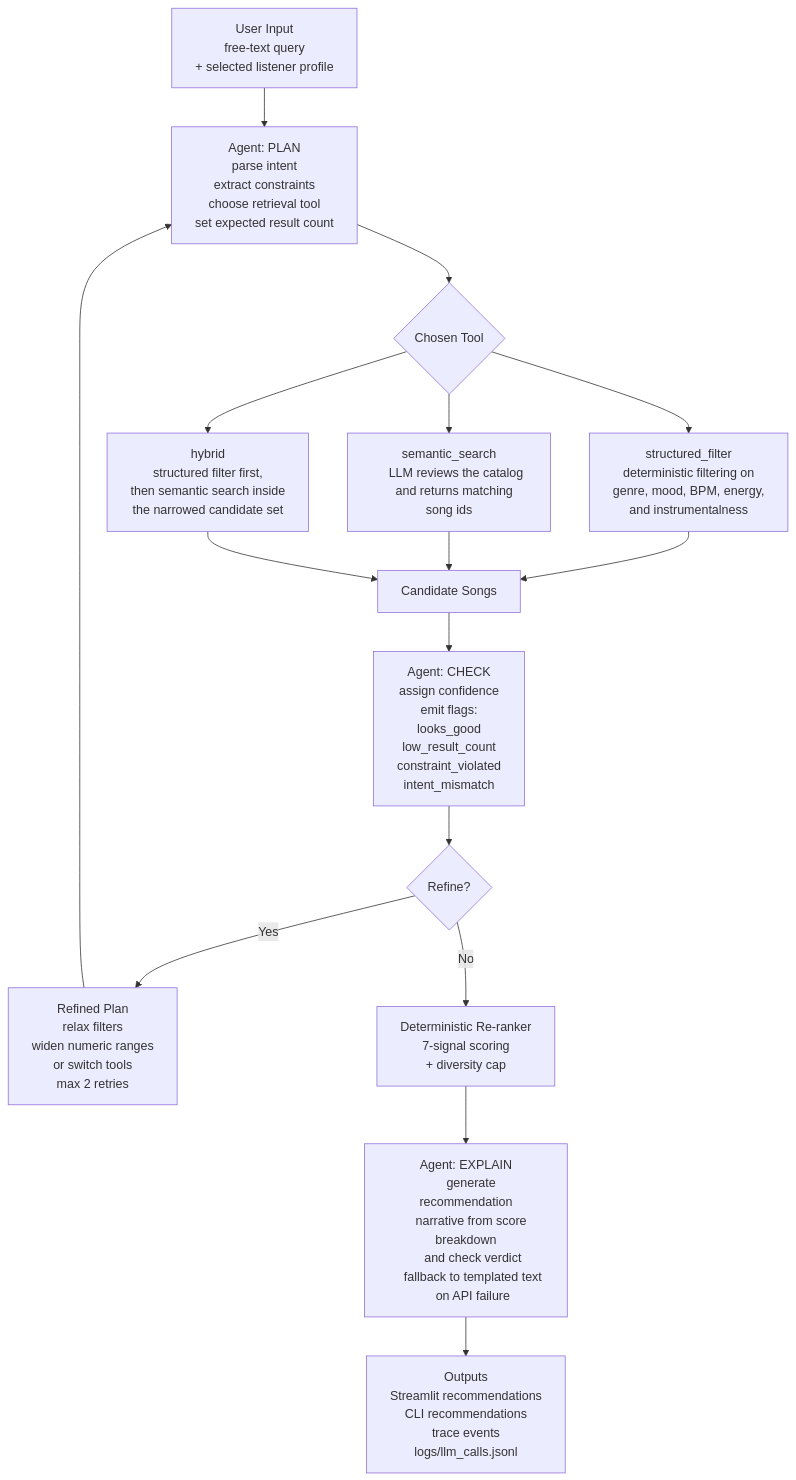
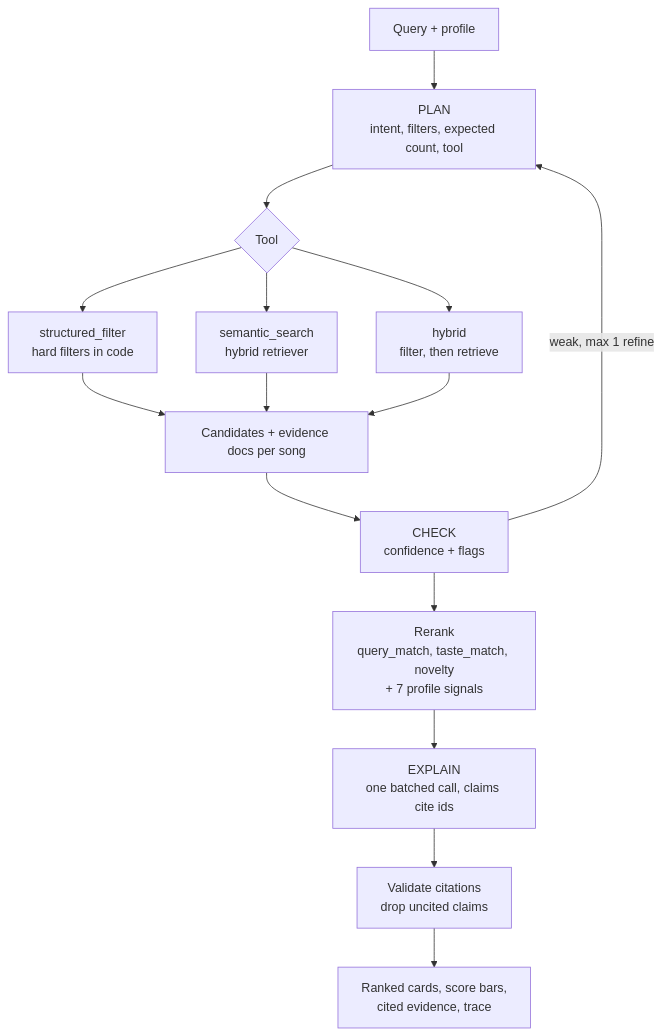
Before and after one commit to sbhattap/applied-ai-music-recommender-system: the third of 3 diagrams in data_flow.md, drawn with Mermaid. The commit also changed other lines of this file and 2 other files, not shown here.

Commit message:
Update docs for the RAG pipeline and Spotify personalization
- README: mermaid architecture diagram covering plan/act/check/refine,
  hybrid retrieval, additive rerank, cited explanations, and the Spotify
  history path; sections on the agent, RAG, and Spotify; live eval tables;
  refreshed sample runs; uv-based setup and test instructions.
- data_flow.md: current data and per-query flow diagrams, plus where each
  kind of data is stored and what leaves the machine.
- model_card.md: current system, limitations, evaluation, and a privacy
  section for Spotify data.

````diff
--- a/data_flow.md
+++ b/data_flow.md
@@ -54,79 +107,17 @@
 ```mermaid
 flowchart TD
-    A["User Input
-    free-text query
-    + selected listener profile"]
-
-    B["Agent: PLAN
-    parse intent
-    extract constraints
-    choose retrieval tool
-    set expected result count"]
-
-    C{"Chosen Tool"}
-
-    D["structured_filter
-    deterministic filtering on
-    genre, mood, BPM, energy,
-    and instrumentalness"]
-
-    E["semantic_search
-    LLM reviews the catalog
-    and returns matching song ids"]
-
-    F["hybrid
-    structured filter first,
-    then semantic search inside
-    the narrowed candidate set"]
-
-    G["Candidate Songs"]
-
-    H["Agent: CHECK
-    assign confidence
-    emit flags:
-    looks_good
-    low_result_count
-    constraint_violated
-    intent_mismatch"]
-
-    I{"Refine?"}
-
-    J["Refined Plan
-    relax filters
-    widen numeric ranges
-    or switch tools
-    max 2 retries"]
-
-    K["Deterministic Re-ranker
-    7-signal scoring
-    + diversity cap"]
-
-    L["Agent: EXPLAIN
-    generate recommendation
-    narrative from score breakdown
-    and check verdict
-    fallback to templated text
-    on API failure"]
-
-    M["Outputs
-    Streamlit recommendations
-    CLI recommendations
-    trace events
-    logs/llm_calls.jsonl"]
-
-    A --> B
-    B --> C
-    C --> D
-    C --> E
-    C --> F
-    D --> G
+    A["Query + profile"] --> B["PLAN<br/>intent, filters, expected count, tool"]
+    B --> C{"Tool"}
+    C --> D["structured_filter<br/>hard filters in code"]
+    C --> E["semantic_search<br/>hybrid retriever"]
+    C --> F["hybrid<br/>filter, then retrieve"]
+    D --> G["Candidates + evidence docs per song"]
     E --> G
     F --> G
-    G --> H
-    H --> I
-    I -- Yes --> J
-    J --> B
-    I -- No --> K
-    K --> L
-    L --> M
+    G --> H["CHECK<br/>confidence + flags"]
+    H -- "weak, max 1 refine" --> B
+    H --> I["Rerank<br/>query_match, taste_match, novelty<br/>+ 7 profile signals"]
+    I --> J["EXPLAIN<br/>one batched call, claims cite ids"]
+    J --> K["Validate citations<br/>drop uncited claims"]
+    K --> L["Ranked cards, score bars,<br/>cited evidence, trace"]
 ```
````
